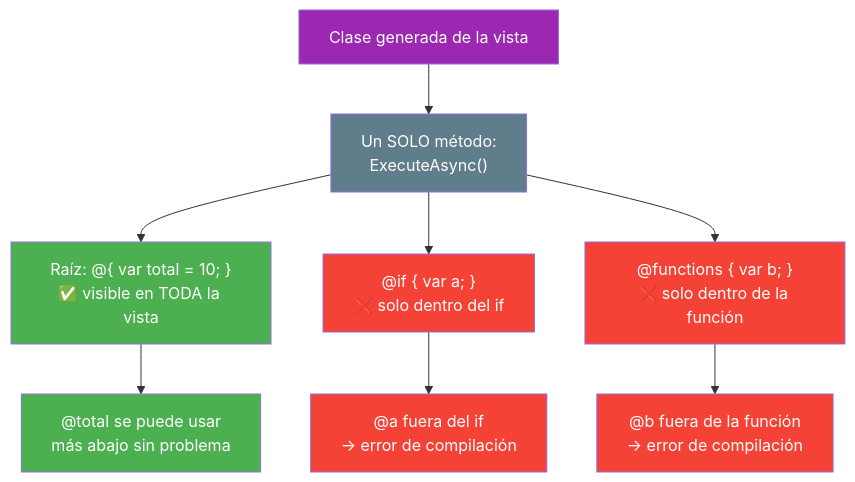
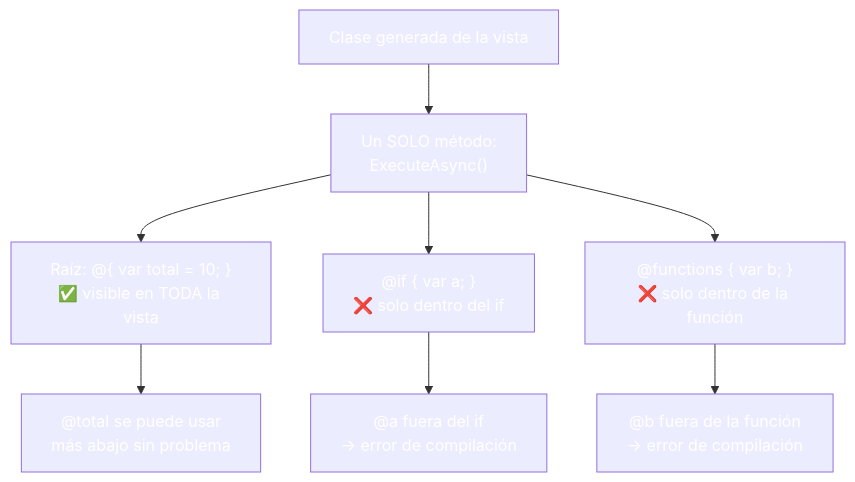
The fifth of 6 diagrams in 02-directivas-sintaxis.md (joseluisgs/DesarrolloWebEntornosServidor-03-2026-2027), drawn with Mermaid before and after one commit. The commit also changed other lines of this file and 30 other files, not shown here.

````diff
--- a/02-directivas-sintaxis.md
+++ b/02-directivas-sintaxis.md
@@ -564,21 +564,21 @@
 ```mermaid
 graph TD
     A["Clase generada de la vista"] --> B["Un SOLO método:<br/>ExecuteAsync()"]
 
     B --> C["Raíz: @{ var total = 10; }<br/>✅ visible en TODA la vista"]
     B --> D["@if { var a; }<br/>❌ solo dentro del if"]
     B --> E["@functions { var b; }<br/>❌ solo dentro de la función"]
 
     C --> C1["@total se puede usar<br/>más abajo sin problema"]
     D --> D1["@a fuera del if<br/>→ error de compilación"]
     E --> E1["@b fuera de la función<br/>→ error de compilación"]
 
-    style A fill:#9C27B0,color:#fff
-    style B fill:#607D8B,color:#fff
-    style C fill:#4CAF50,color:#fff
-    style D fill:#f44336,color:#fff
-    style E fill:#f44336,color:#fff
-    style C1 fill:#4CAF50,color:#fff
-    style D1 fill:#f44336,color:#fff
-    style E1 fill:#f44336,color:#fff
+    style A fill:#9C27B,color:#fff0,color:#fff
+    style B fill:#607D8,color:#fffB,color:#fff
+    style C fill:#4CAF5,color:#fff0,color:#fff
+    style D fill:#f4433,color:#fff6,color:#fff
+    style E fill:#f4433,color:#fff6,color:#fff
+    style C1 fill:#4CAF5,color:#fff0,color:#fff
+    style D1 fill:#f4433,color:#fff6,color:#fff
+    style E1 fill:#f4433,color:#fff6,color:#fff
 ```
````
